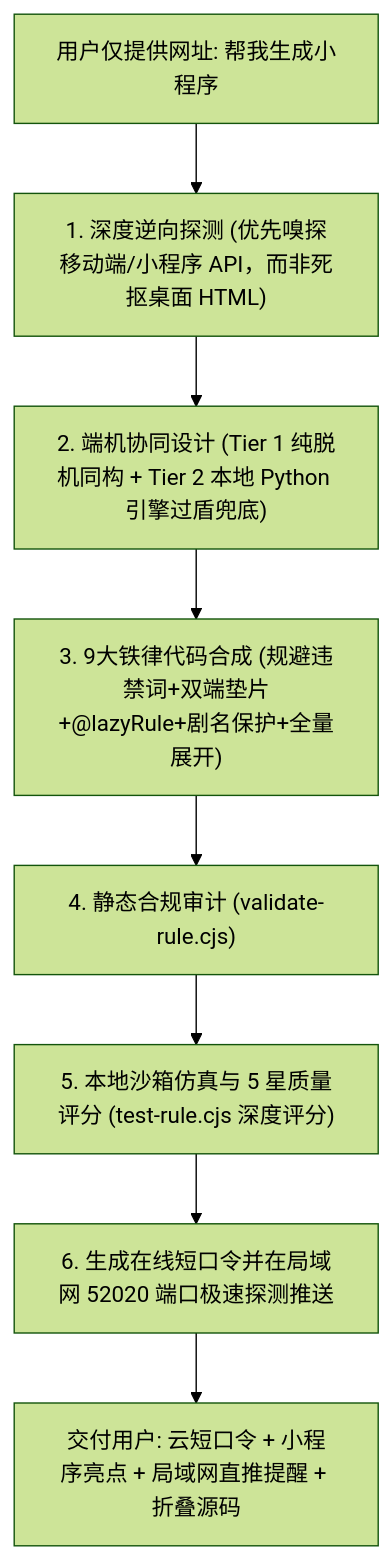
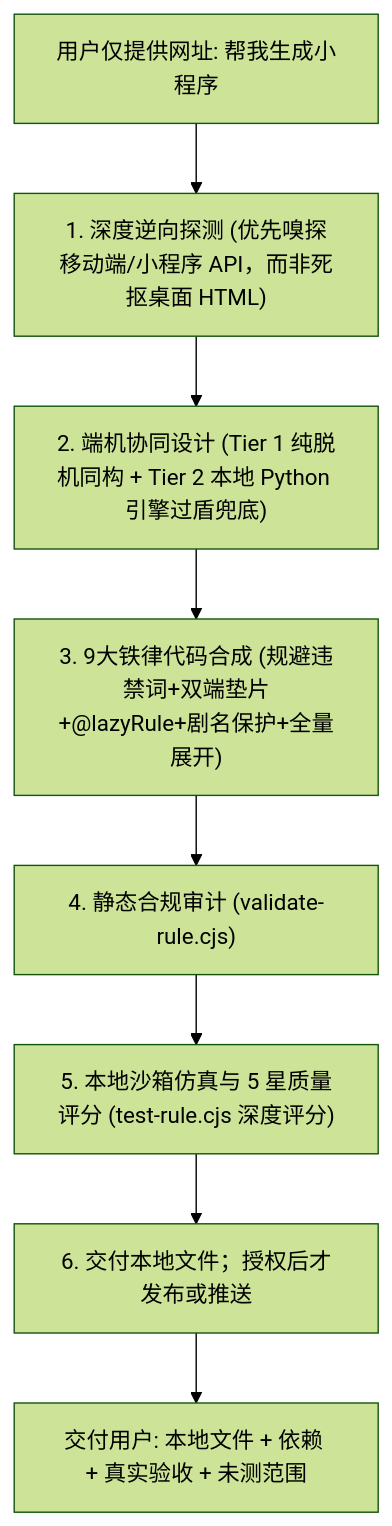
The diagram in skills/deepcloud-rule-engineer/SKILL.md (Mowen559/superagent), drawn with Mermaid (forest theme) before and after one commit. The commit also changed other lines of this file and 409 other files, not shown here.

````diff
--- a/skills/deepcloud-rule-engineer/SKILL.md
+++ b/skills/deepcloud-rule-engineer/SKILL.md
@@ -33,10 +37,10 @@
 ```mermaid
 flowchart TD
     U["用户仅提供网址: 帮我生成小程序"] --> S1["1. 深度逆向探测 (优先嗅探移动端/小程序 API，而非死抠桌面 HTML)"]
     S1 --> S2["2. 端机协同设计 (Tier 1 纯脱机同构 + Tier 2 本地 Python 引擎过盾兜底)"]
     S2 --> S3["3. 9大铁律代码合成 (规避违禁词+双端垫片+@lazyRule+剧名保护+全量展开)"]
     S3 --> S4["4. 静态合规审计 (validate-rule.cjs)"]
     S4 --> S5["5. 本地沙箱仿真与 5 星质量评分 (test-rule.cjs 深度评分)"]
-    S5 --> S6["6. 生成在线短口令并在局域网 52020 端口极速探测推送"]
-    S6 --> D["交付用户: 云短口令 + 小程序亮点 + 局域网直推提醒 + 折叠源码"]
+    S5 --> S6["6. 交付本地文件；授权后才发布或推送"]
+    S6 --> D["交付用户: 本地文件 + 依赖 + 真实验收 + 未测范围"]
 ```
````
